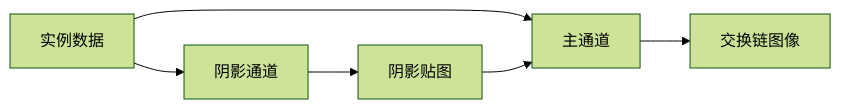
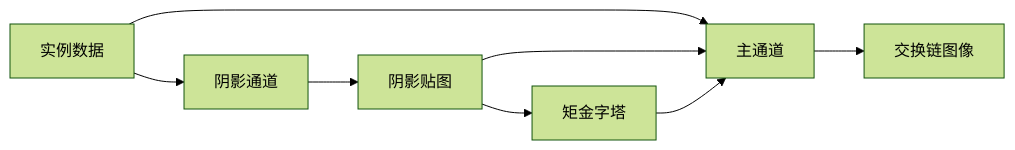
Before and after one commit to CheapMeow/MeowVulkanDemos: the diagram in cases/shadow/README.md, drawn with Mermaid (forest theme). The commit also changed other lines of this file and 10 other files, not shown here.

````diff
--- a/cases/shadow/README.md
+++ b/cases/shadow/README.md
@@ -28,8 +29,10 @@
 ```mermaid
 graph LR
     A[实例数据] --> B[阴影通道]
     B --> C[阴影贴图]
     A --> D[主通道]
     C --> D
+    C --> F[矩金字塔]
+    F --> D
     D --> E[交换链图像]
 ```
````
